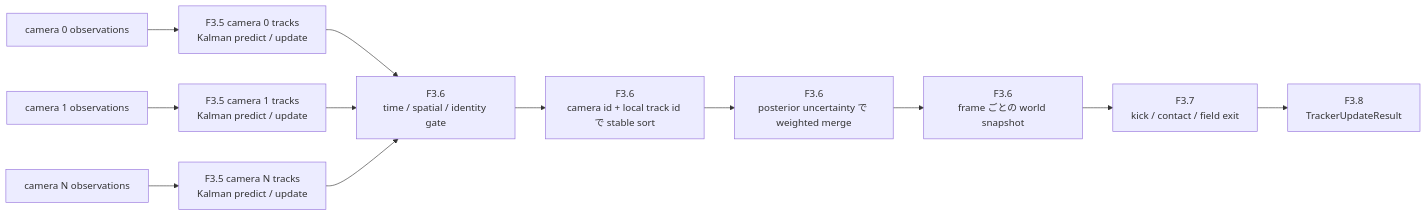
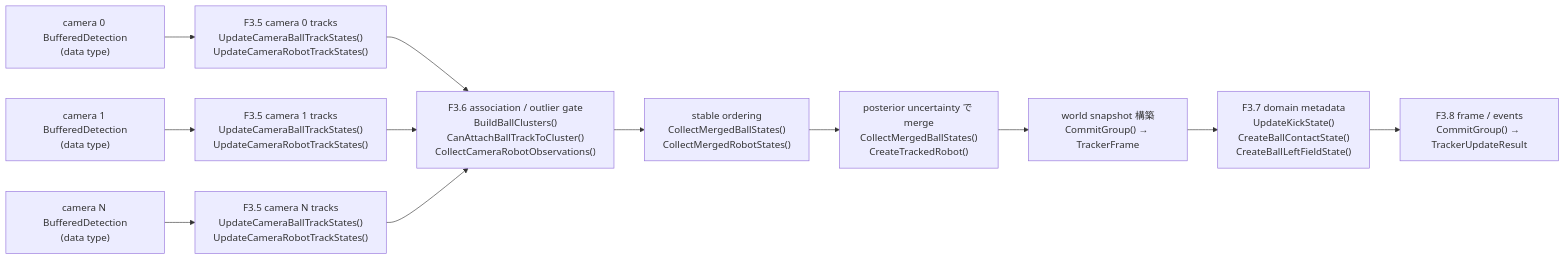
Before and after one commit to ibis-ssl/Duck: the sixth of 11 diagrams in Tracker/Design/Core/tracker-architecture-plan.md, drawn with Mermaid. The commit also changed other lines of this file, not shown here.

Commit message:
docs(tracker): フロー図を実装クラスとメソッドへ対応付ける

````diff
--- a/Tracker/Design/Core/tracker-architecture-plan.md
+++ b/Tracker/Design/Core/tracker-architecture-plan.md
@@ -267,15 +277,15 @@
 ```mermaid
 flowchart LR
-    D0["camera 0 observations"] --> Cam0["F3.5 camera 0 tracks<br/>Kalman predict / update"]
-    D1["camera 1 observations"] --> Cam1["F3.5 camera 1 tracks<br/>Kalman predict / update"]
-    DN["camera N observations"] --> CamN["F3.5 camera N tracks<br/>Kalman predict / update"]
+    D0["camera 0 BufferedDetection<br/>(data type)"] --> Cam0["F3.5 camera 0 tracks<br/>UpdateCameraBallTrackStates()<br/>UpdateCameraRobotTrackStates()"]
+    D1["camera 1 BufferedDetection<br/>(data type)"] --> Cam1["F3.5 camera 1 tracks<br/>UpdateCameraBallTrackStates()<br/>UpdateCameraRobotTrackStates()"]
+    DN["camera N BufferedDetection<br/>(data type)"] --> CamN["F3.5 camera N tracks<br/>UpdateCameraBallTrackStates()<br/>UpdateCameraRobotTrackStates()"]
 
-    Cam0 --> Gate["F3.6<br/>time / spatial / identity gate"]
+    Cam0 --> Gate["F3.6 association / outlier gate<br/>BuildBallClusters()<br/>CanAttachBallTrackToCluster()<br/>CollectCameraRobotObservations()"]
     Cam1 --> Gate
     CamN --> Gate
-    Gate --> Sort["F3.6<br/>camera id + local track id で stable sort"]
-    Sort --> Weighted["F3.6<br/>posterior uncertainty で weighted merge"]
-    Weighted --> World["F3.6<br/>frame ごとの world snapshot"]
-    World --> Domain["F3.7<br/>kick / contact / field exit"]
-    Domain --> Result["F3.8<br/>TrackerUpdateResult"]
+    Gate --> Sort["stable ordering<br/>CollectMergedBallStates()<br/>CollectMergedRobotStates()"]
+    Sort --> Weighted["posterior uncertainty で merge<br/>CollectMergedBallStates()<br/>CreateTrackedRobot()"]
+    Weighted --> World["world snapshot 構築<br/>CommitGroup() → TrackerFrame"]
+    World --> Domain["F3.7 domain metadata<br/>UpdateKickState()<br/>CreateBallContactState()<br/>CreateBallLeftFieldState()"]
+    Domain --> Result["F3.8 frame / events<br/>CommitGroup() → TrackerUpdateResult"]
 ```
````
